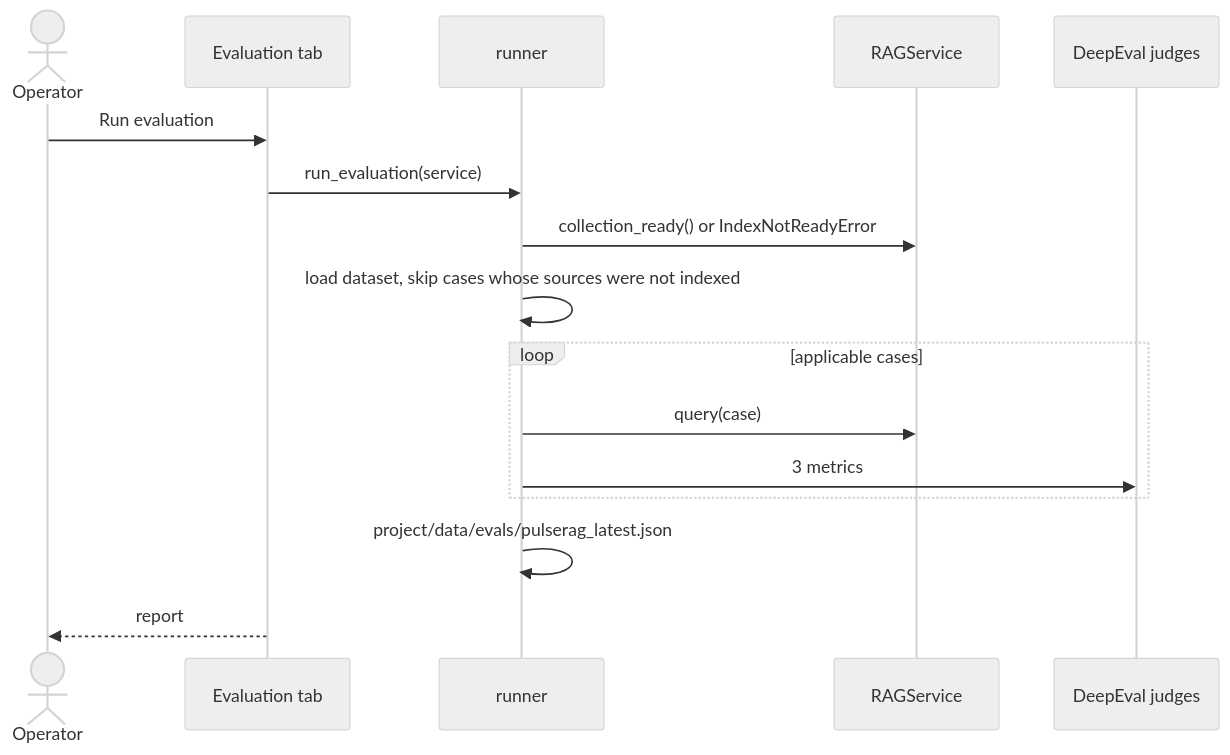
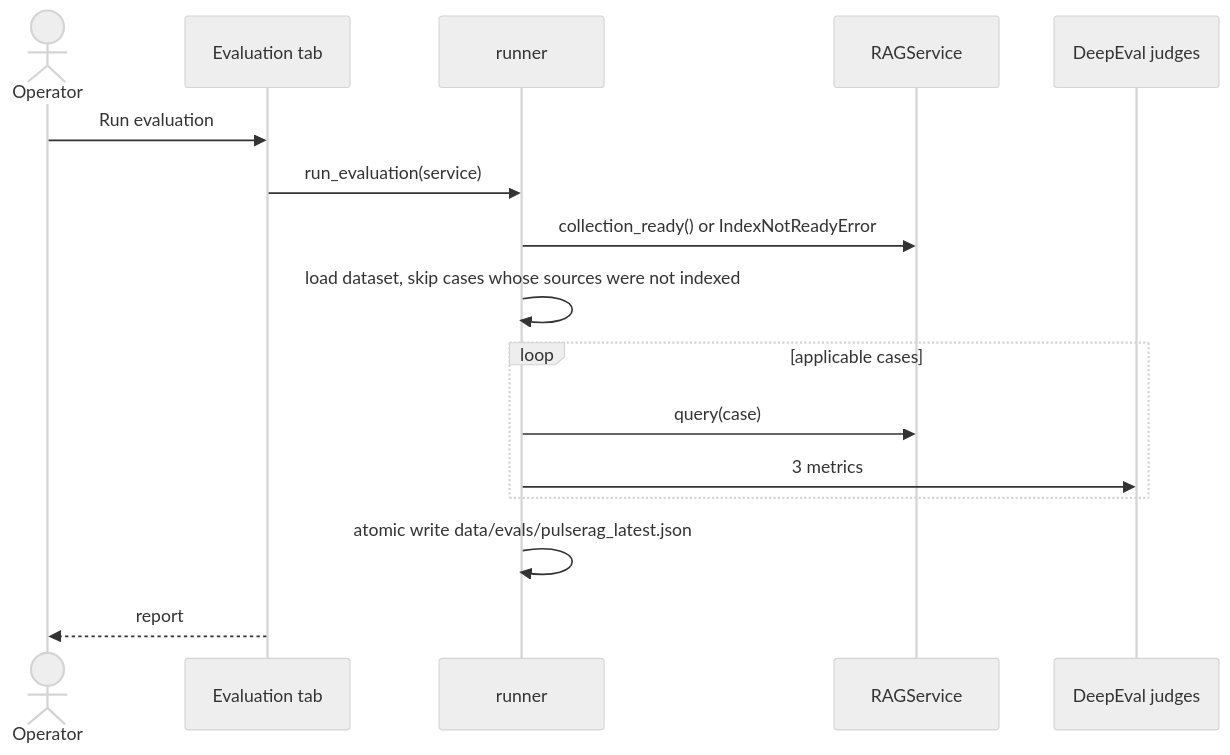
One commit to abhishek-tiwari-nitrr/PulseRAG changed the fifth of 6 diagrams in docs/HLD.md. Above: the diagram before and after it, drawn with Mermaid (neutral theme). The commit also changed other lines of this file and 14 other files, not shown here.

````diff
--- a/docs/HLD.md
+++ b/docs/HLD.md
@@ -116,18 +134,18 @@
 ```mermaid
 sequenceDiagram
     actor Op as Operator
     participant TAB as Evaluation tab
     participant RUN as runner
     participant SVC as RAGService
     participant DE as DeepEval judges
     Op->>TAB: Run evaluation
     TAB->>RUN: run_evaluation(service)
     RUN->>SVC: collection_ready() or IndexNotReadyError
     RUN->>RUN: load dataset, skip cases whose sources were not indexed
     loop applicable cases
         RUN->>SVC: query(case)
         RUN->>DE: 3 metrics
     end
-    RUN->>RUN: project/data/evals/pulserag_latest.json
+    RUN->>RUN: atomic write data/evals/pulserag_latest.json
     TAB-->>Op: report
 ```
````
